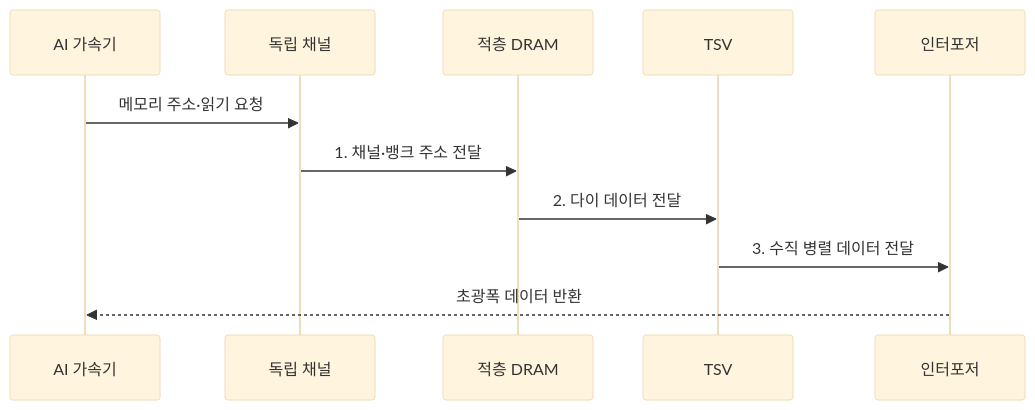
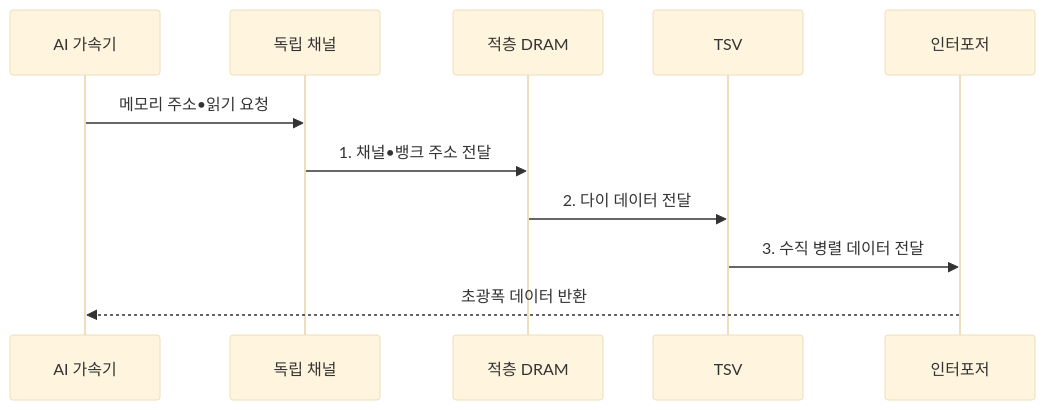
The second of 2 diagrams in src/content/docs/notes/08-latest-tech/145_hbm_high_bandwidth_memory.md (agnusdei1207/knowledge-base), drawn with Mermaid (base theme) before and after one commit. The commit also changed other lines of this file and 953 other files, not shown here.

````diff
--- a/src/content/docs/notes/08-latest-tech/145_hbm_high_bandwidth_memory.md
+++ b/src/content/docs/notes/08-latest-tech/145_hbm_high_bandwidth_memory.md
@@ -107,13 +107,13 @@
 ```mermaid
 sequenceDiagram
     participant G as AI 가속기
     participant C as 독립 채널
     participant D as 적층 DRAM
     participant T as TSV
     participant I as 인터포저
-    G->>C: 메모리 주소·읽기 요청
-    C->>D: 1. 채널·뱅크 주소 전달
+    G->>C: 메모리 주소•읽기 요청
+    C->>D: 1. 채널•뱅크 주소 전달
     D->>T: 2. 다이 데이터 전달
     T->>I: 3. 수직 병렬 데이터 전달
     I-->>G: 초광폭 데이터 반환
 ```
````
